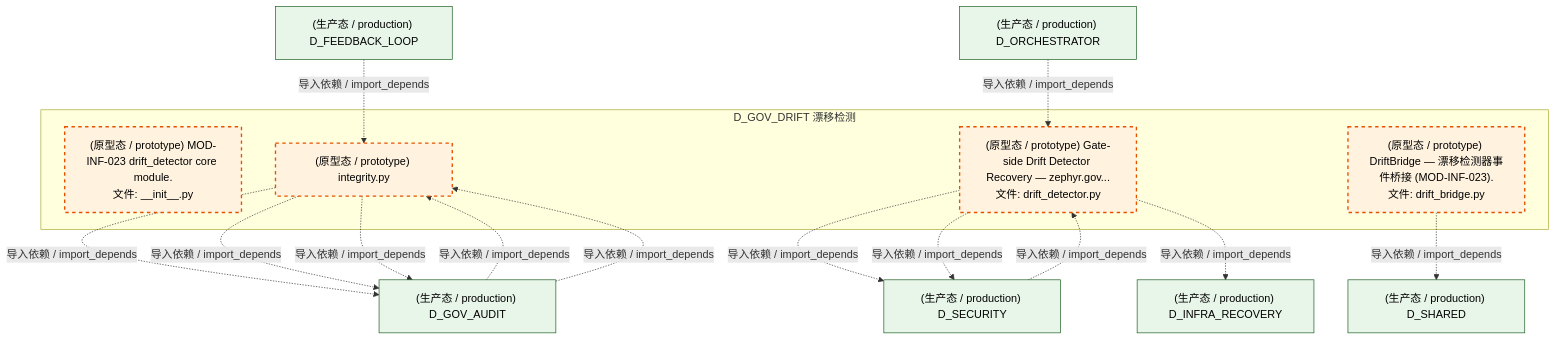
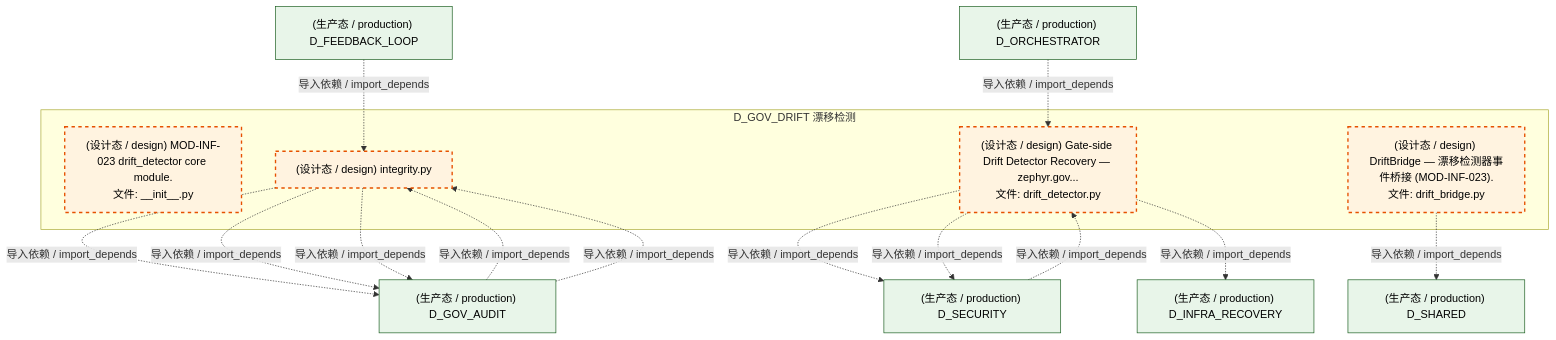
One commit to xuanFelixVan/ZephyrAlpha changed the sixth of 7 diagrams in docs/02_enterprise_architecture/02_domain_architecture_docs/41_d_gov_drift.md. Above: the diagram before and after it, drawn with Mermaid. The commit also changed other lines of this file and 177 other files, not shown here.

````diff
--- a/docs/02_enterprise_architecture/02_domain_architecture_docs/41_d_gov_drift.md
+++ b/docs/02_enterprise_architecture/02_domain_architecture_docs/41_d_gov_drift.md
@@ -562,33 +561,33 @@
 ```mermaid
 graph TD
     subgraph D_GOV_DRIFT["D_GOV_DRIFT 漂移检测"]
-        src_zephyr_gov_drift_detector_core_init_py["(原型态 / prototype) MOD-INF-023 drift_detector core module.<br/>文件: __init__.py"]
-        src_zephyr_gov_drift_detector_core_bridges_drift_bridge_py["(原型态 / prototype) DriftBridge — 漂移检测器事件桥接 (MOD-INF-023).<br/>文件: drift_bridge.py"]
-        src_zephyr_gov_enforcement_rule_enforcement_drift_detector_py["(原型态 / prototype) Gate-side Drift Detector Recovery — zephyr.gov...<br/>文件: drift_detector.py"]
-        src_zephyr_governance_integrity_py["(原型态 / prototype) integrity.py"]
+        src_zephyr_gov_drift_detector_core_init_py["(设计态 / design) MOD-INF-023 drift_detector core module.<br/>文件: __init__.py"]
+        src_zephyr_gov_drift_detector_core_bridges_drift_bridge_py["(设计态 / design) DriftBridge — 漂移检测器事件桥接 (MOD-INF-023).<br/>文件: drift_bridge.py"]
+        src_zephyr_gov_enforcement_rule_enforcement_drift_detector_py["(设计态 / design) Gate-side Drift Detector Recovery — zephyr.gov...<br/>文件: drift_detector.py"]
+        src_zephyr_governance_integrity_py["(设计态 / design) integrity.py"]
     end
     D_SHARED["(生产态 / production) D_SHARED"]
     src_zephyr_gov_drift_detector_core_bridges_drift_bridge_py -.->|导入依赖 / import_depends| D_SHARED
     D_SECURITY["(生产态 / production) D_SECURITY"]
     src_zephyr_gov_enforcement_rule_enforcement_drift_detector_py -.->|导入依赖 / import_depends| D_SECURITY
     D_INFRA_RECOVERY["(生产态 / production) D_INFRA_RECOVERY"]
     src_zephyr_gov_enforcement_rule_enforcement_drift_detector_py -.->|导入依赖 / import_depends| D_INFRA_RECOVERY
     src_zephyr_gov_enforcement_rule_enforcement_drift_detector_py -.->|导入依赖 / import_depends| D_SECURITY
     D_GOV_AUDIT["(生产态 / production) D_GOV_AUDIT"]
     src_zephyr_governance_integrity_py -.->|导入依赖 / import_depends| D_GOV_AUDIT
     src_zephyr_governance_integrity_py -.->|导入依赖 / import_depends| D_GOV_AUDIT
     src_zephyr_governance_integrity_py -.->|导入依赖 / import_depends| D_GOV_AUDIT
     D_FEEDBACK_LOOP["(生产态 / production) D_FEEDBACK_LOOP"]
     D_FEEDBACK_LOOP -.->|导入依赖 / import_depends| src_zephyr_governance_integrity_py
     D_ORCHESTRATOR["(生产态 / production) D_ORCHESTRATOR"]
     D_ORCHESTRATOR -.->|导入依赖 / import_depends| src_zephyr_gov_enforcement_rule_enforcement_drift_detector_py
     D_SECURITY -.->|导入依赖 / import_depends| src_zephyr_gov_enforcement_rule_enforcement_drift_detector_py
     D_GOV_AUDIT -.->|导入依赖 / import_depends| src_zephyr_governance_integrity_py
     D_GOV_AUDIT -.->|导入依赖 / import_depends| src_zephyr_governance_integrity_py
     classDef production fill:#e1f5fe,stroke:#01579b,stroke-width:2px,color:#000
     classDef design fill:#fff3e0,stroke:#e65100,stroke-width:2px,color:#000,stroke-dasharray: 5 5
     classDef external_prod fill:#e8f5e9,stroke:#1b5e20,stroke-width:1px,color:#000
     classDef external_design fill:#fce4ec,stroke:#880e4f,stroke-width:1px,color:#000,stroke-dasharray: 5 5
     class src_zephyr_gov_drift_detector_core_init_py,src_zephyr_gov_drift_detector_core_bridges_drift_bridge_py,src_zephyr_gov_enforcement_rule_enforcement_drift_detector_py,src_zephyr_governance_integrity_py design
     class D_SHARED,D_SECURITY,D_INFRA_RECOVERY,D_GOV_AUDIT,D_FEEDBACK_LOOP,D_ORCHESTRATOR external_prod
 ```
````
